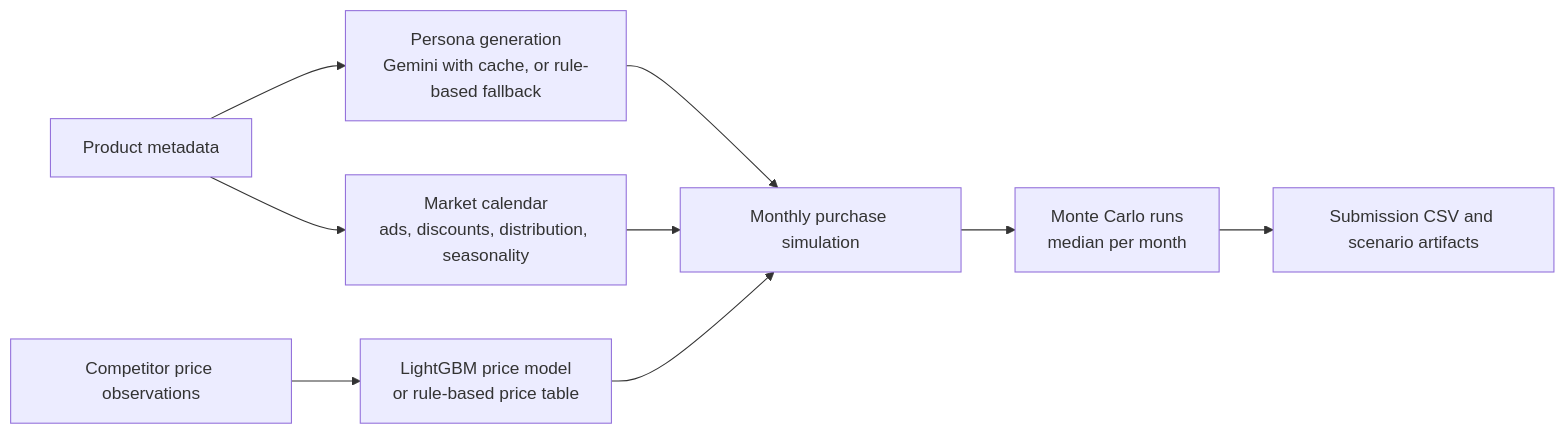
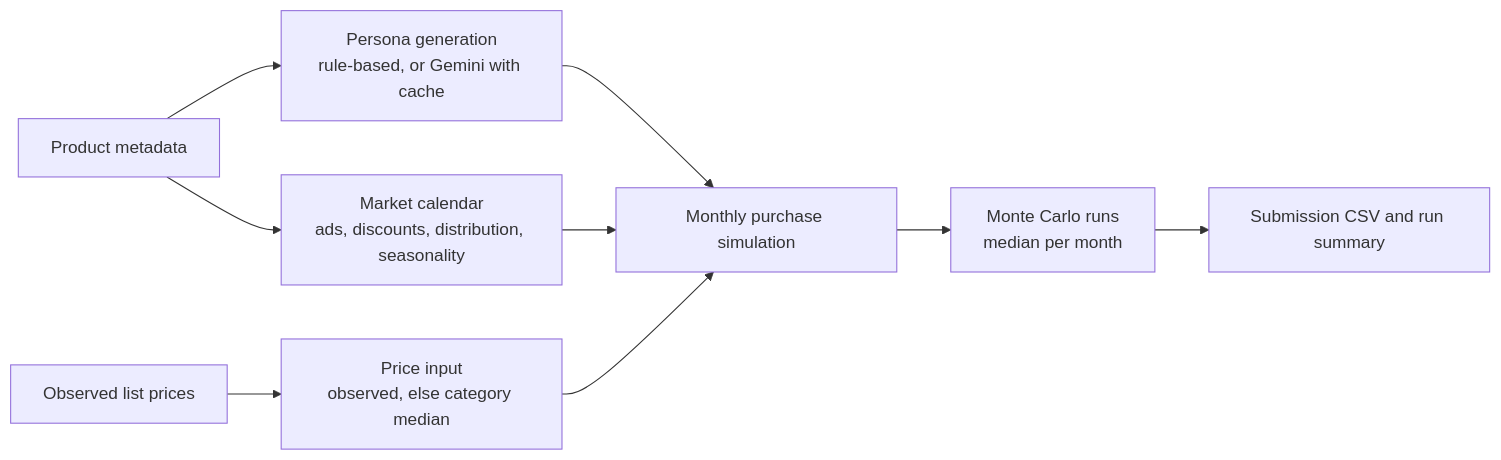
Before and after one commit to junhyung-L/cold-start-demand-simulation: the diagram in README.md, drawn with Mermaid. The commit also changed other lines of this file and 18 other files, not shown here.

First line of the commit message:
Make simulation reproducible; use observed prices; validate persona counts

````diff
--- a/README.md
+++ b/README.md
@@ -38,11 +38,11 @@
 ```mermaid
 flowchart LR
-    A[Product metadata] --> B[Persona generation<br/>Gemini with cache, or rule-based fallback]
-    C[Competitor price observations] --> D[LightGBM price model<br/>or rule-based price table]
+    A[Product metadata] --> B[Persona generation<br/>rule-based, or Gemini with cache]
+    C[Observed list prices] --> D[Price input<br/>observed, else category median]
     A --> H[Market calendar<br/>ads, discounts, distribution, seasonality]
     B --> E[Monthly purchase simulation]
     D --> E
     H --> E
     E --> F[Monte Carlo runs<br/>median per month]
-    F --> G[Submission CSV and scenario artifacts]
+    F --> G[Submission CSV and run summary]
 ```
````
